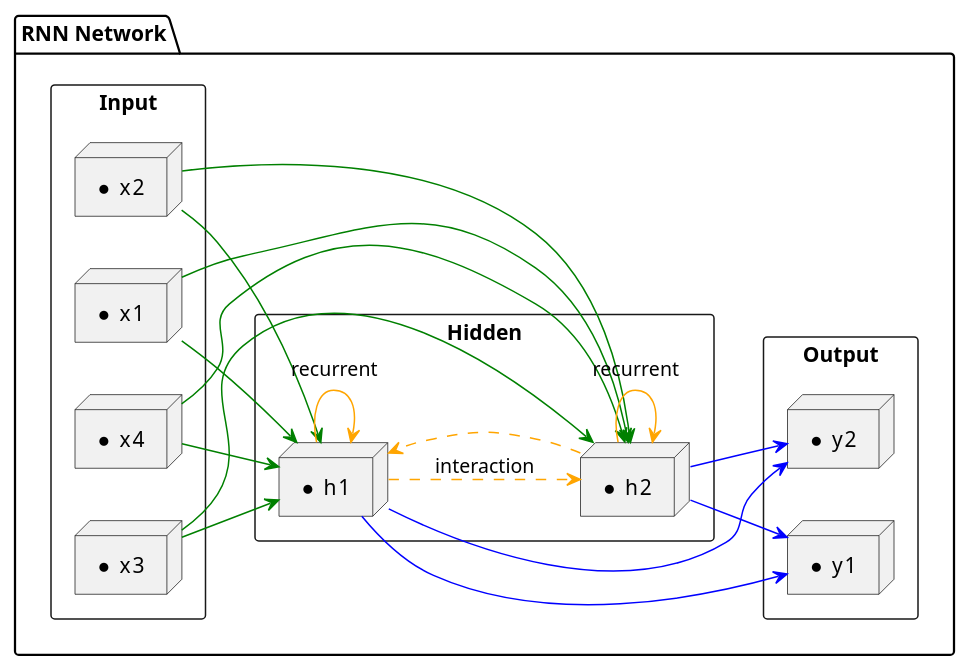
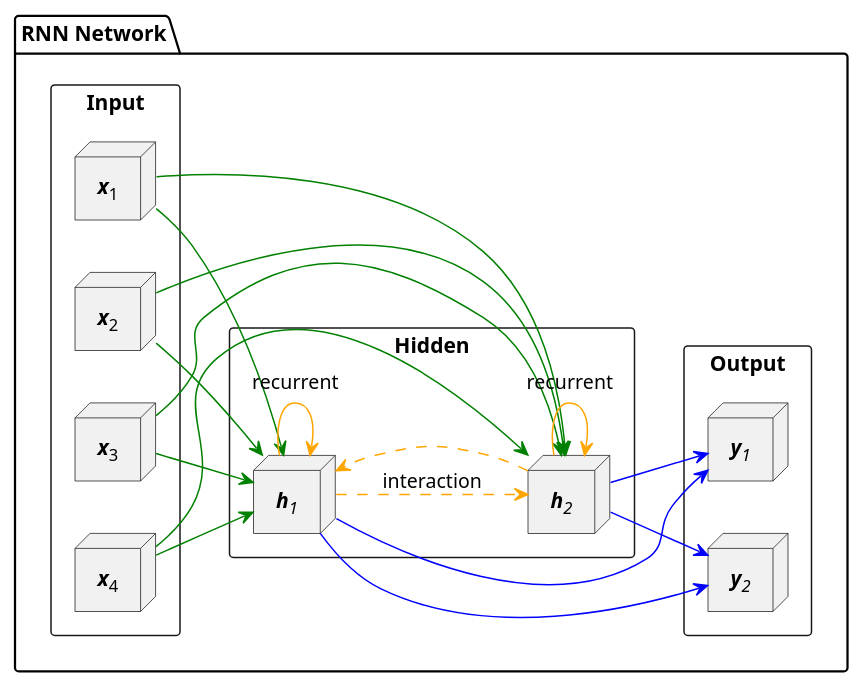
One commit to letranger/AI changed the eighth of 18 diagrams in 20230108135329-循環神經網路.org. Above: the diagram before and after it, drawn with PlantUML. The commit also changed other lines of this file and 74 other files, not shown here.

```diff
--- a/20230108135329-循環神經網路.org
+++ b/20230108135329-循環神經網路.org
@@ -612,50 +957,50 @@
 #+BEGIN_SRC plantuml :file rnn_model.png
 @startuml
 left to right direction
 hide empty description
 skinparam componentStyle rectangle
 
 package "RNN Network" {
   rectangle Input {
-    node "● x1" as i1
-    node "● x2" as i2
-    node "● x3" as i3
-    node "● x4" as i4
+    node "<I><B>x</B></I><SUB>2</SUB>" as i2
+    node "<I><B>x</B></I><SUB>1</SUB>" as i1
+    node "<I><B>x</B></I><SUB>4</SUB>" as i4
+    node "<I><B>x</B></I><SUB>3</SUB>" as i3
   }
 
   rectangle Hidden {
-    node "● h1" as h1
-    node "● h2" as h2
+    node "<I><B>h</B><I><SUB>1</SUB>" as h1
+    node "<I><B>h</B><I><SUB>2</SUB>" as h2
   }
 
   rectangle Output {
-    node "● y1" as o1
-    node "● y2" as o2
+    node "<I><B>y</B><I><SUB>2</SUB>" as o2
+    node "<I><B>y</B><I><SUB>1</SUB>" as o1
   }
 
   ' 輸入層與隱藏層的連接 (綠色)
   i1 -[#green]-> h1
   i2 -[#green]-> h1
   i3 -[#green]-> h1
   i4 -[#green]-> h1
 
   i1 -[#green]-> h2
   i2 -[#green]-> h2
   i3 -[#green]-> h2
   i4 -[#green]-> h2
 
   ' 隱藏層內循環 (橘色)
   h1 -[#orange]-> h1 : recurrent
   h2 -[#orange]-> h2 : recurrent
   h1 -[#orange,bold,dashed]-> h2 : interaction
   h2 -[#orange,bold,dashed]-> h1
 
   ' 隱藏層與輸出層的連接 (藍色)
   h1 -[#blue]-> o1
   h1 -[#blue]-> o2
   h2 -[#blue]-> o1
   h2 -[#blue]-> o2
 }
 
 @enduml
 #+END_SRC
```
